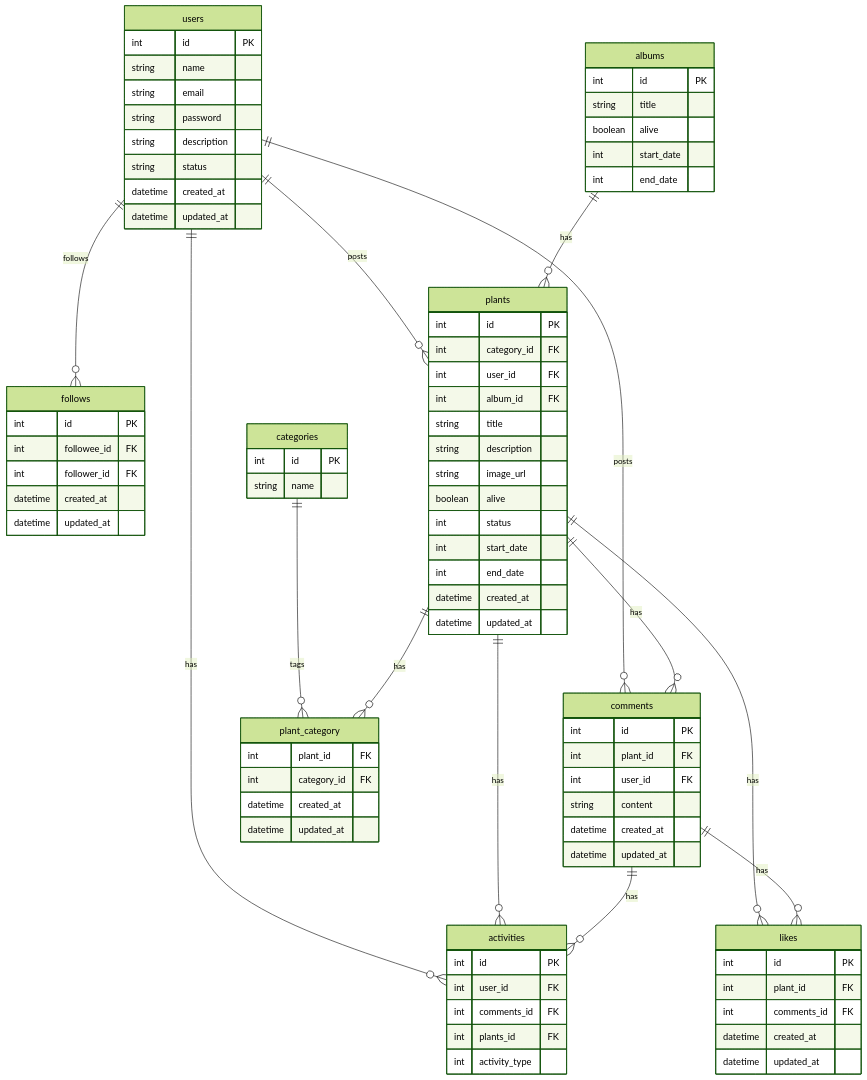
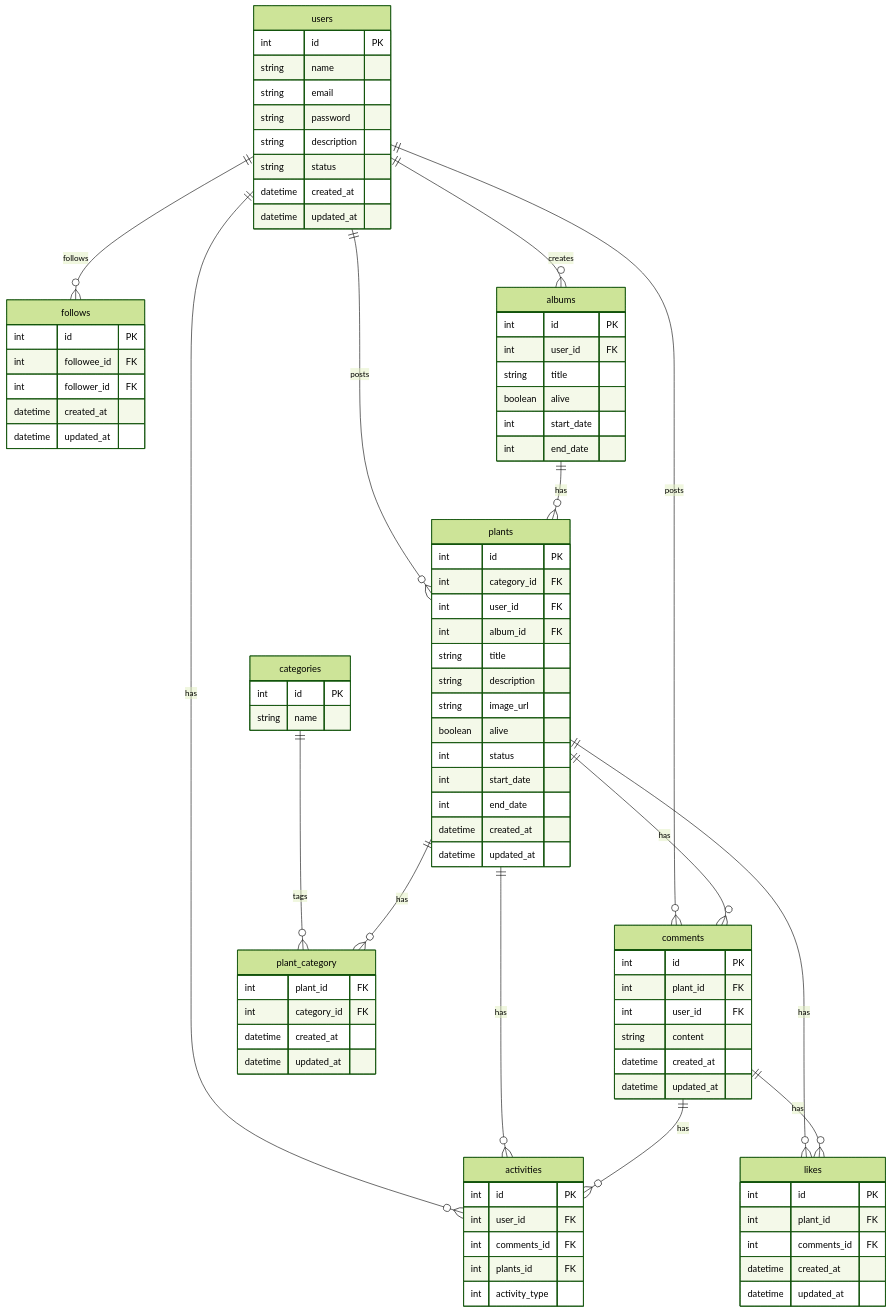
One commit to calmandhelp/botapeer-core changed the diagram in README.md. Above: the diagram before and after it, drawn with Mermaid (forest theme).

Commit message:
ER図修正

````diff
--- a/README.md
+++ b/README.md
@@ -2,6 +2,7 @@
 ```mermaid
 erDiagram
     users ||--o{ follows : follows
+    users ||--o{ albums : creates
     plants ||--o{ likes : has
     comments ||--o{ likes : has
     users ||--o{ plants : posts
@@ -32,6 +33,7 @@
     }
     albums {
         int id PK
+        int user_id FK
         string title
         boolean alive
         int start_date
````
